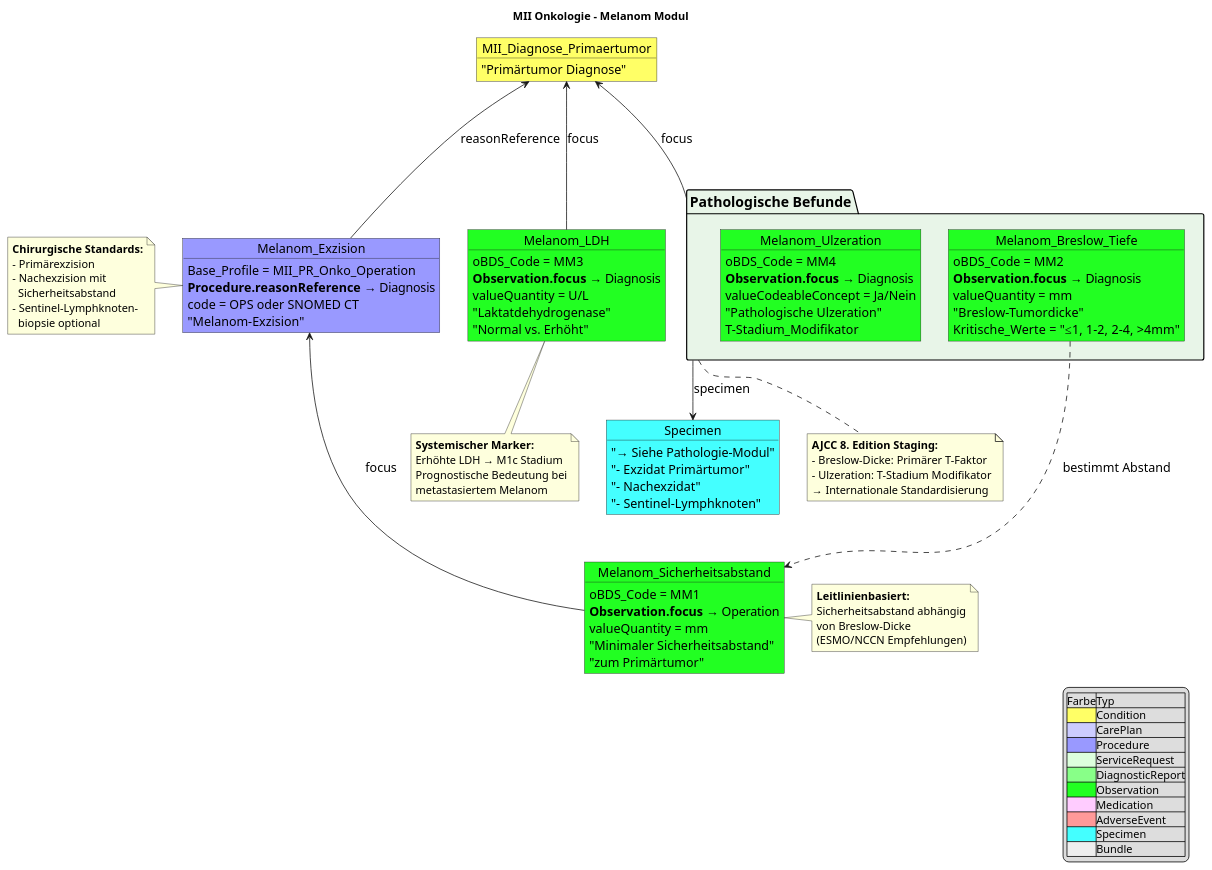
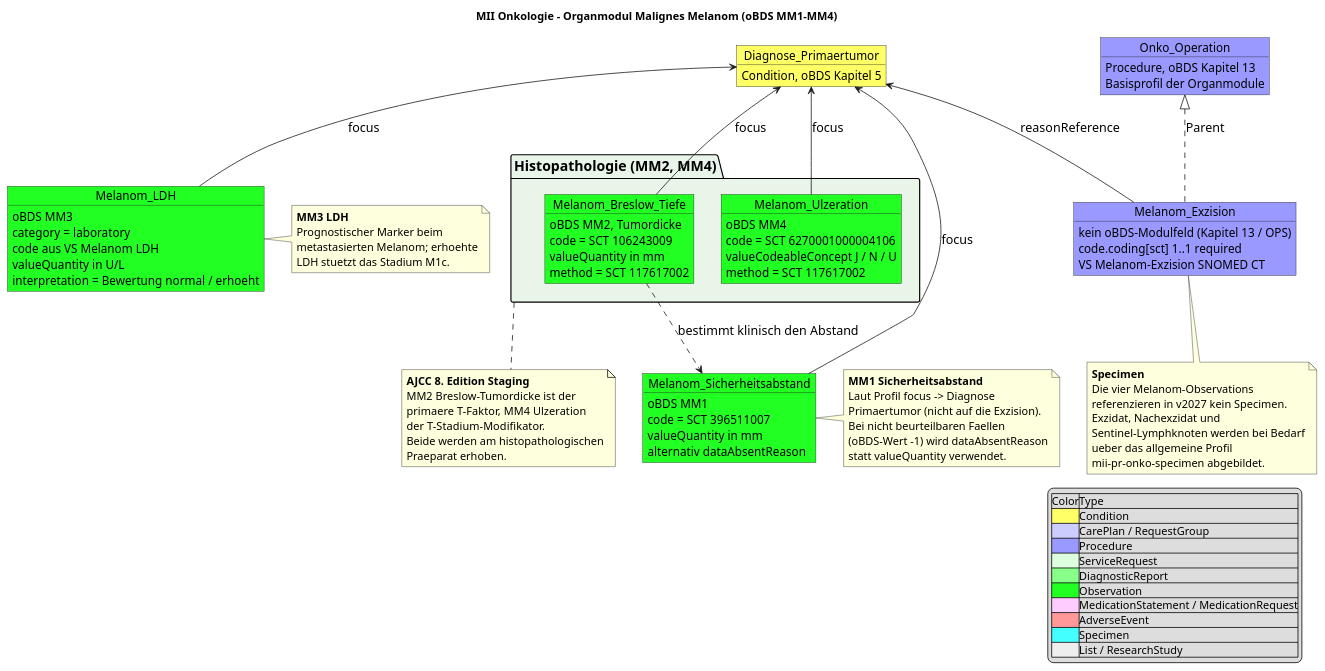
Before and after one commit to medizininformatik-initiative/kerndatensatzmodul-onkologie: the diagram in input/images-source/MII_Onko_Melanom_Module.pu, drawn with PlantUML. The commit also changed 85 other files, not shown here.

First line of the commit message:
fix: Organmodule auf amtliche oBDS-Nummerierung (basisdatensatz.de/XSD als Wahrheit, 5gp)

```diff
--- a/input/images-source/MII_Onko_Melanom_Module.pu
+++ b/input/images-source/MII_Onko_Melanom_Module.pu
@@ -1,120 +1,109 @@
 @startuml MII_Onko_Melanom_Module
-title MII Onkologie - Melanom Modul
+title MII Onkologie - Organmodul Malignes Melanom (oBDS MM1-MM4)
 skinparam defaultFontSize 16
-skinparam objectFontSize 16
+skinparam objectFontSize 15
 skinparam packageFontSize 18
 skinparam noteFontSize 14
 
-' Zentrale Diagnose
-object MII_Diagnose_Primaertumor #FFFF66 {
-    "Primärtumor Diagnose"
+' Zentrale Diagnose (oBDS Kapitel 5)
+object Diagnose_Primaertumor [[StructureDefinition-mii-pr-onko-diagnose-primaertumor.html]] #FFFF66
+Diagnose_Primaertumor : Condition, oBDS Kapitel 5
+
+' Basisprofil Operation (oBDS Kapitel 13)
+object Onko_Operation [[StructureDefinition-mii-pr-onko-operation.html]] #9999FF
+Onko_Operation : Procedure, oBDS Kapitel 13
+Onko_Operation : Basisprofil der Organmodule
+
+object Melanom_Exzision [[StructureDefinition-mii-pr-onko-melanom-exzision.html]] #9999FF
+Melanom_Exzision : kein oBDS-Modulfeld (Kapitel 13 / OPS)
+Melanom_Exzision : code.coding[sct] 1..1 required
+Melanom_Exzision : VS Melanom-Exzision SNOMED CT
+
+package "Histopathologie (MM2, MM4)" as patho #E8F5E8 {
+    object Melanom_Breslow_Tiefe [[StructureDefinition-mii-pr-onko-melanom-breslow-tiefe.html]] #22FF22
+    Melanom_Breslow_Tiefe : oBDS MM2, Tumordicke
+    Melanom_Breslow_Tiefe : code = SCT 106243009
+    Melanom_Breslow_Tiefe : valueQuantity in mm
+    Melanom_Breslow_Tiefe : method = SCT 117617002
+
+    object Melanom_Ulzeration [[StructureDefinition-mii-pr-onko-melanom-ulzeration.html]] #22FF22
+    Melanom_Ulzeration : oBDS MM4
+    Melanom_Ulzeration : code = SCT 6270001000004106
+    Melanom_Ulzeration : valueCodeableConcept J / N / U
+    Melanom_Ulzeration : method = SCT 117617002
 }
 
-' Zentrale Exzision
-object Melanom_Exzision #9999FF {
-    Base_Profile = MII_PR_Onko_Operation
-    **Procedure.reasonReference** → Diagnosis
-    code = OPS oder SNOMED CT
-    "Melanom-Exzision"
-}
+object Melanom_Sicherheitsabstand [[StructureDefinition-mii-pr-onko-melanom-sicherheitsabstand.html]] #22FF22
+Melanom_Sicherheitsabstand : oBDS MM1
+Melanom_Sicherheitsabstand : code = SCT 396511007
+Melanom_Sicherheitsabstand : valueQuantity in mm
+Melanom_Sicherheitsabstand : alternativ dataAbsentReason
 
-' Pathologische Befunde
-package "Pathologische Befunde" as pathologie #E8F5E8 {
-    object Melanom_Breslow_Tiefe #22FF22 {
-        oBDS_Code = MM2
-        **Observation.focus** → Diagnosis
-        valueQuantity = mm
-        "Breslow-Tumordicke"
-        Kritische_Werte = "≤1, 1-2, 2-4, >4mm"
-    }
+object Melanom_LDH [[StructureDefinition-mii-pr-onko-melanom-ldh.html]] #22FF22
+Melanom_LDH : oBDS MM3
+Melanom_LDH : category = laboratory
+Melanom_LDH : code aus VS Melanom LDH
+Melanom_LDH : valueQuantity in U/L
+Melanom_LDH : interpretation = Bewertung normal / erhoeht
 
-    object Melanom_Ulzeration #22FF22 {
-        oBDS_Code = MM4
-        **Observation.focus** → Diagnosis
-        valueCodeableConcept = Ja/Nein
-        "Pathologische Ulzeration"
-        T-Stadium_Modifikator
-    }
-}
+' Referenzen gemaess FSH-Profilen
+Diagnose_Primaertumor <-- Melanom_Breslow_Tiefe : focus
+Diagnose_Primaertumor <-- Melanom_Ulzeration : focus
+Diagnose_Primaertumor <-- Melanom_Sicherheitsabstand : focus
+Diagnose_Primaertumor <-- Melanom_LDH : focus
+Diagnose_Primaertumor <-- Melanom_Exzision : reasonReference
 
-' Chirurgische Qualität
-object Melanom_Sicherheitsabstand #22FF22 {
-    oBDS_Code = MM1
-    **Observation.focus** → Operation
-    valueQuantity = mm
-    "Minimaler Sicherheitsabstand"
-    "zum Primärtumor"
-}
+Onko_Operation <|.. Melanom_Exzision : Parent
 
-' Systemischer Marker
-object Melanom_LDH #22FF22 {
-    oBDS_Code = MM3
-    **Observation.focus** → Diagnosis
-    valueQuantity = U/L
-    "Laktatdehydrogenase"
-    "Normal vs. Erhöht"
-}
+Melanom_Breslow_Tiefe ..> Melanom_Sicherheitsabstand : bestimmt klinisch den Abstand
 
-' Specimen
-object "Specimen" as specimen #44FFFF {
-    "→ Siehe Pathologie-Modul"
-    "- Exzidat Primärtumor"
-    "- Nachexzidat"
-    "- Sentinel-Lymphknoten"
-}
+note bottom of patho
+**AJCC 8. Edition Staging**
+MM2 Breslow-Tumordicke ist der
+primaere T-Faktor, MM4 Ulzeration
+der T-Stadium-Modifikator.
+Beide werden am histopathologischen
+Praeparat erhoben.
+end note
 
-' Beziehungen
-MII_Diagnose_Primaertumor <--- pathologie : focus
-MII_Diagnose_Primaertumor <--- Melanom_LDH : focus
-MII_Diagnose_Primaertumor <--- Melanom_Exzision : reasonReference
-Melanom_Exzision <--- Melanom_Sicherheitsabstand : focus
+note right of Melanom_Sicherheitsabstand
+**MM1 Sicherheitsabstand**
+Laut Profil focus -> Diagnose
+Primaertumor (nicht auf die Exzision).
+Bei nicht beurteilbaren Faellen
+(oBDS-Wert -1) wird dataAbsentReason
+statt valueQuantity verwendet.
+end note
 
-' Klinische Logik
-Melanom_Breslow_Tiefe ..> Melanom_Sicherheitsabstand : "bestimmt Abstand"
-pathologie --> specimen : specimen
+note right of Melanom_LDH
+**MM3 LDH**
+Prognostischer Marker beim
+metastasierten Melanom; erhoehte
+LDH stuetzt das Stadium M1c.
+end note
 
-legend right 
-|Farbe|Typ|
+note bottom of Melanom_Exzision
+**Specimen**
+Die vier Melanom-Observations
+referenzieren in v2027 kein Specimen.
+Exzidat, Nachexzidat und
+Sentinel-Lymphknoten werden bei Bedarf
+ueber das allgemeine Profil
+mii-pr-onko-specimen abgebildet.
+end note
+
+legend right
+|Color|Type|
 |<#FFFF66>|Condition|
-|<#CCCCFF>|CarePlan|
+|<#CCCCFF>|CarePlan / RequestGroup|
 |<#9999FF>|Procedure|
 |<#DDFFDD>|ServiceRequest|
 |<#88FF88>|DiagnosticReport|
 |<#22FF22>|Observation|
-|<#FFCCFF>|Medication|
+|<#FFCCFF>|MedicationStatement / MedicationRequest|
 |<#FF9999>|AdverseEvent|
 |<#44FFFF>|Specimen|
-|<#EEEEEE>|Bundle|
+|<#EEEEEE>|List / ResearchStudy|
 endlegend
 
-note bottom of pathologie
-**AJCC 8. Edition Staging:**
-- Breslow-Dicke: Primärer T-Faktor
-- Ulzeration: T-Stadium Modifikator
-→ Internationale Standardisierung
-end note
-
-note left of Melanom_Exzision
-**Chirurgische Standards:**
-- Primärexzision
-- Nachexzision mit
-  Sicherheitsabstand
-- Sentinel-Lymphknoten-
-  biopsie optional
-end note
-
-note right of Melanom_Sicherheitsabstand
-**Leitlinienbasiert:**
-Sicherheitsabstand abhängig
-von Breslow-Dicke
-(ESMO/NCCN Empfehlungen)
-end note
-
-note bottom of Melanom_LDH
-**Systemischer Marker:**
-Erhöhte LDH → M1c Stadium
-Prognostische Bedeutung bei
-metastasiertem Melanom
-end note
-
 @enduml
```
